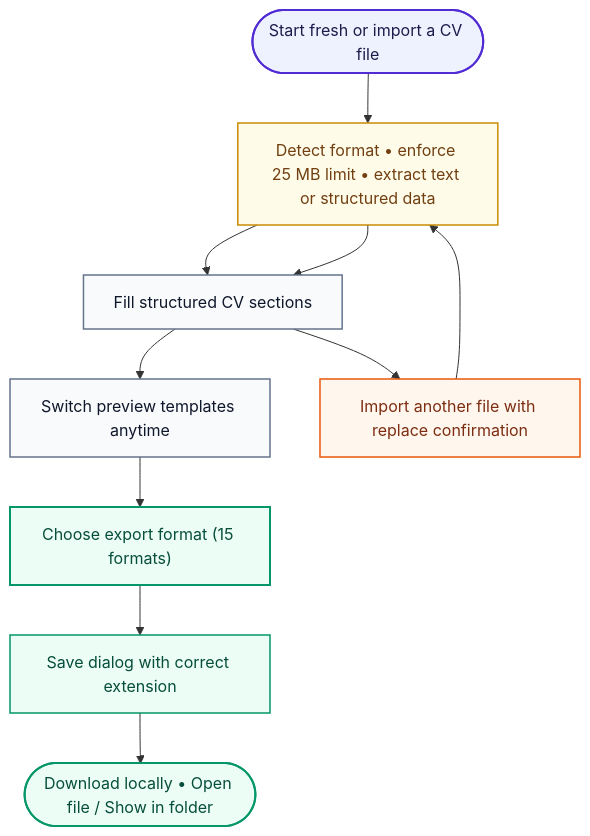
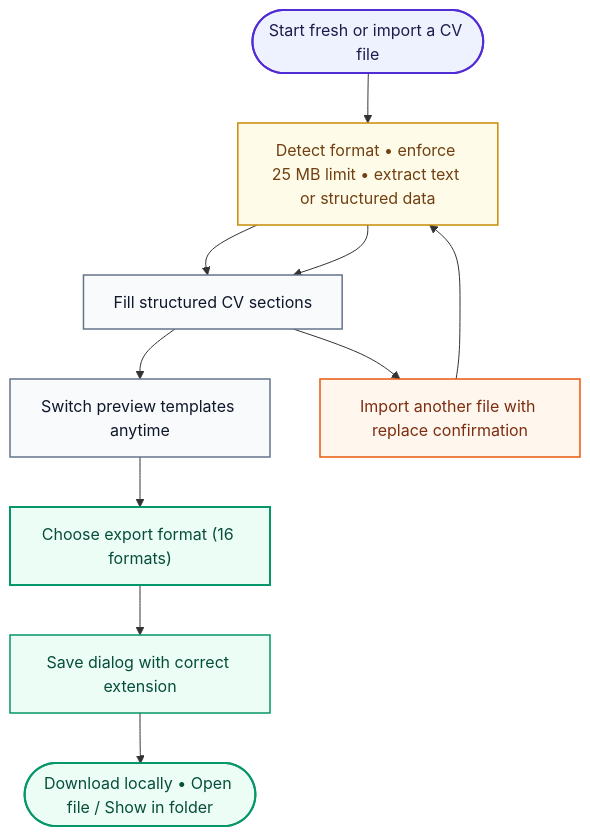
The first of 2 diagrams in README.md (01laky/ReVitae), drawn with Mermaid before and after one commit. The commit also changed other lines of this file and 37 other files, not shown here.

First line of the commit message:
Add CV page image export as 16th format (prompt 031).

````diff
--- a/README.md
+++ b/README.md
@@ -16,23 +16,23 @@
 ```mermaid
 flowchart TD
     start(["Start fresh or import a CV file"])
     ingest["Detect format • enforce 25 MB limit • extract text or structured data"]
     sections["Fill structured CV sections"]
     replace["Import another file with replace confirmation"]
     templates["Switch preview templates anytime"]
-    exportModal["Choose export format (15 formats)"]
+    exportModal["Choose export format (16 formats)"]
     exportSave["Save dialog with correct extension"]
     exportDone(["Download locally • Open file / Show in folder"])
 
     start --> ingest --> sections --> templates --> exportModal --> exportSave --> exportDone
     sections --> replace --> ingest --> sections
 
     style start fill:#eef2ff,stroke:#512BD4,stroke-width:2px,color:#1e1b4b
     style ingest fill:#fefce8,stroke:#ca8a04,stroke-width:1.5px,color:#713f12
     style sections fill:#f8fafc,stroke:#64748b,stroke-width:1.5px,color:#0f172a
     style replace fill:#fff7ed,stroke:#ea580c,stroke-width:1.5px,color:#7c2d12
     style templates fill:#f8fafc,stroke:#64748b,stroke-width:1.5px,color:#0f172a
     style exportModal fill:#ecfdf5,stroke:#059669,stroke-width:2px,color:#064e3b
     style exportSave fill:#ecfdf5,stroke:#059669,stroke-width:1.5px,color:#064e3b
     style exportDone fill:#ecfdf5,stroke:#059669,stroke-width:2px,color:#064e3b
 ```
````
